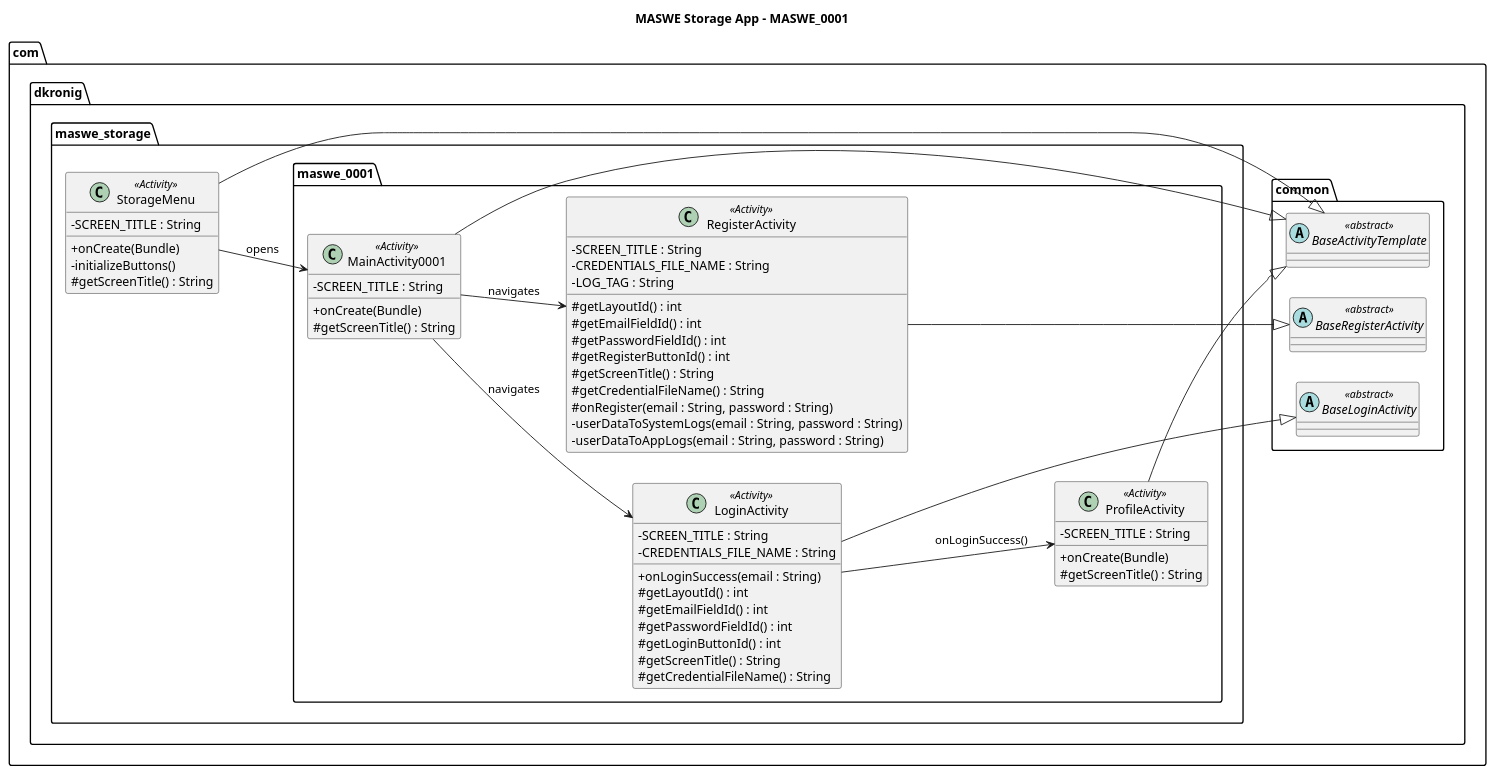
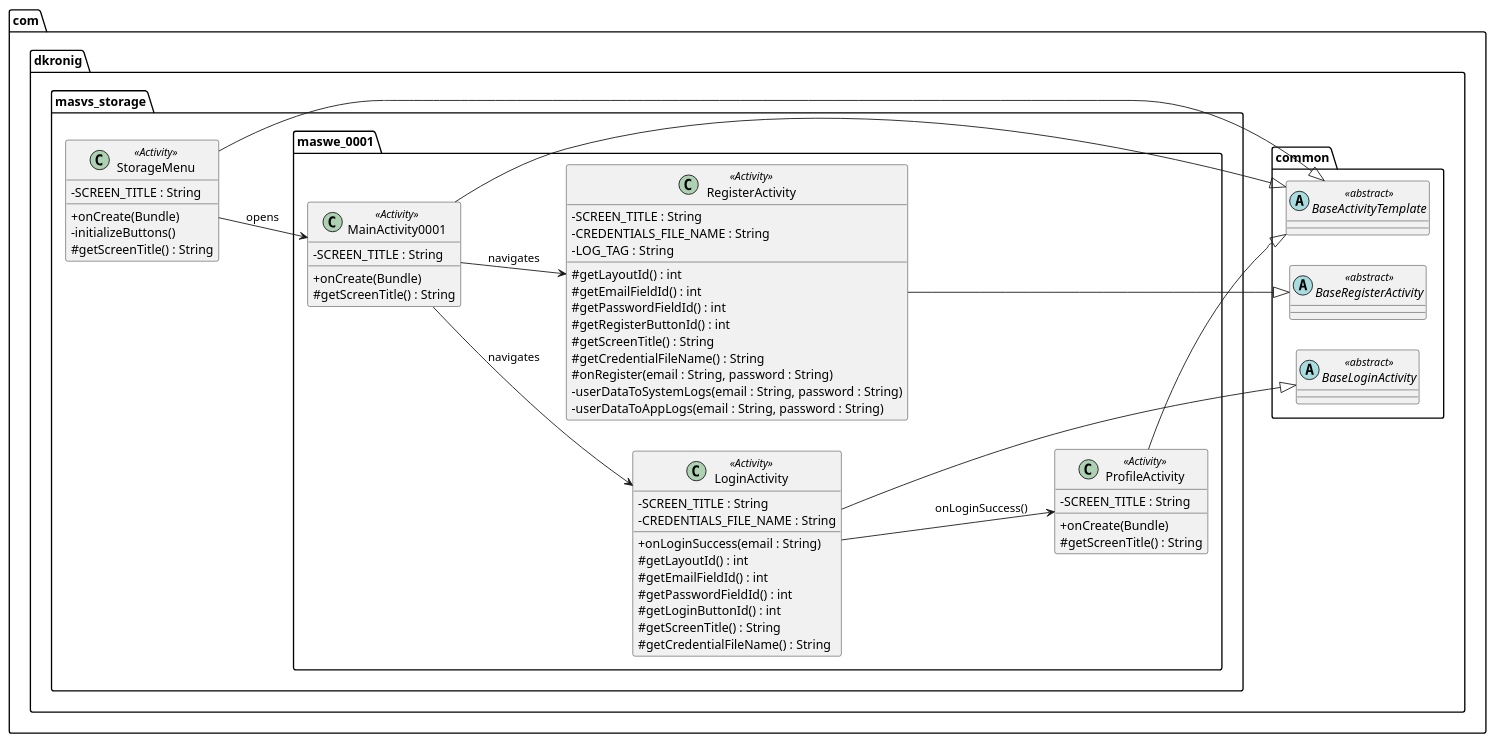
The diagram in apps/uml_diagrams/class_diagram_maswe_0001.puml (domi-cmd/Reference_Application_for_OWASP_MASTG), drawn with PlantUML before and after one commit. The commit also changed 6 other files, not shown here.

Commit message:
Did final refinements of the uml diagrams of <Design> section, removed all titles, adjusted names from <maswe...> to <masvs...>

```diff
--- a/apps/uml_diagrams/class_diagram_maswe_0001.puml
+++ b/apps/uml_diagrams/class_diagram_maswe_0001.puml
@@ -1,79 +1,79 @@
 @startuml
 left to right direction
 skinparam classAttributeIconSize 0
-title MASWE Storage App – MASWE_0001
+' title MASWE Storage App – MASWE_0001
 
 ' ========= Base Classes =========
 package "com.dkronig.common" {
     abstract class BaseActivityTemplate <<abstract>>
     abstract class BaseLoginActivity <<abstract>>
     abstract class BaseRegisterActivity <<abstract>>
 }
 
 ' ========= App Package =========
-package "com.dkronig.maswe_storage" {
+package "com.dkronig.masvs_storage" {
   class StorageMenu <<Activity>> {
       - SCREEN_TITLE : String
       + onCreate(Bundle)
       - initializeButtons()
       # getScreenTitle() : String
   }
 }
 
 ' ========= MASWE-0001 Package =========
-package "com.dkronig.maswe_storage.maswe_0001" {
+package "com.dkronig.masvs_storage.maswe_0001" {
 
   class MainActivity0001 <<Activity>> {
       - SCREEN_TITLE : String
       + onCreate(Bundle)
       # getScreenTitle() : String
   }
 
   class LoginActivity <<Activity>> {
       - SCREEN_TITLE : String
       - CREDENTIALS_FILE_NAME : String
       + onLoginSuccess(email : String)
       # getLayoutId() : int
       # getEmailFieldId() : int
       # getPasswordFieldId() : int
       # getLoginButtonId() : int
       # getScreenTitle() : String
       # getCredentialFileName() : String
   }
 
   class ProfileActivity <<Activity>> {
       - SCREEN_TITLE : String
       + onCreate(Bundle)
       # getScreenTitle() : String
   }
 
   class RegisterActivity <<Activity>> {
       - SCREEN_TITLE : String
       - CREDENTIALS_FILE_NAME : String
       - LOG_TAG : String
       # getLayoutId() : int
       # getEmailFieldId() : int
       # getPasswordFieldId() : int
       # getRegisterButtonId() : int
       # getScreenTitle() : String
       # getCredentialFileName() : String
       # onRegister(email : String, password : String)
       - userDataToSystemLogs(email : String, password : String)
       - userDataToAppLogs(email : String, password : String)
   }
 }
 
 ' ========= Inheritance =========
 StorageMenu --|> BaseActivityTemplate
 MainActivity0001 --|> BaseActivityTemplate
 ProfileActivity --|> BaseActivityTemplate
 LoginActivity --|> BaseLoginActivity
 RegisterActivity --|> BaseRegisterActivity
 
 ' ========= Navigation / Usage =========
 StorageMenu --> MainActivity0001 : opens
 MainActivity0001 --> LoginActivity : navigates
 MainActivity0001 --> RegisterActivity : navigates
 LoginActivity --> ProfileActivity : onLoginSuccess()
 
 @enduml
```
